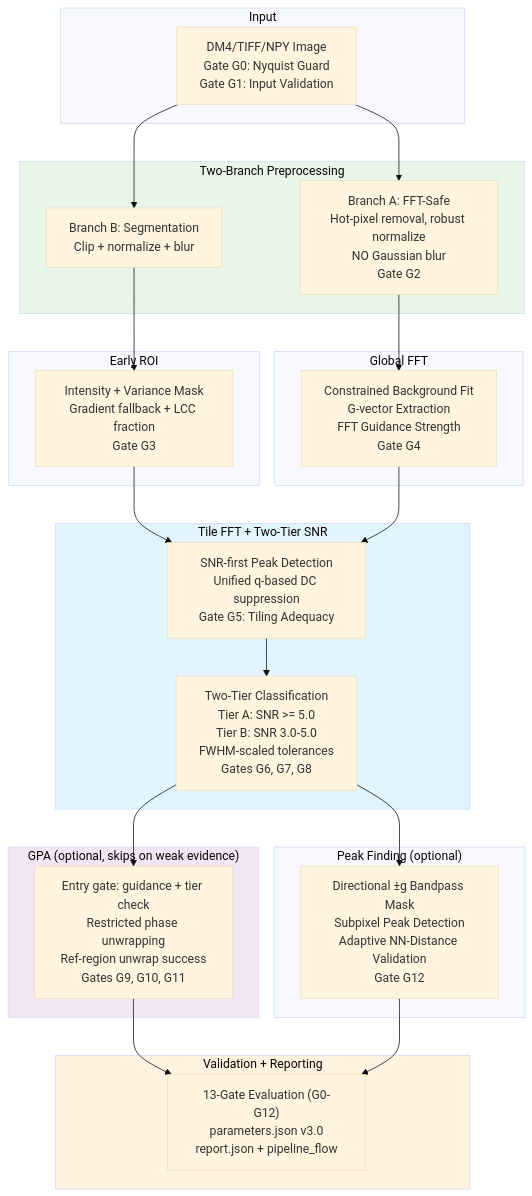
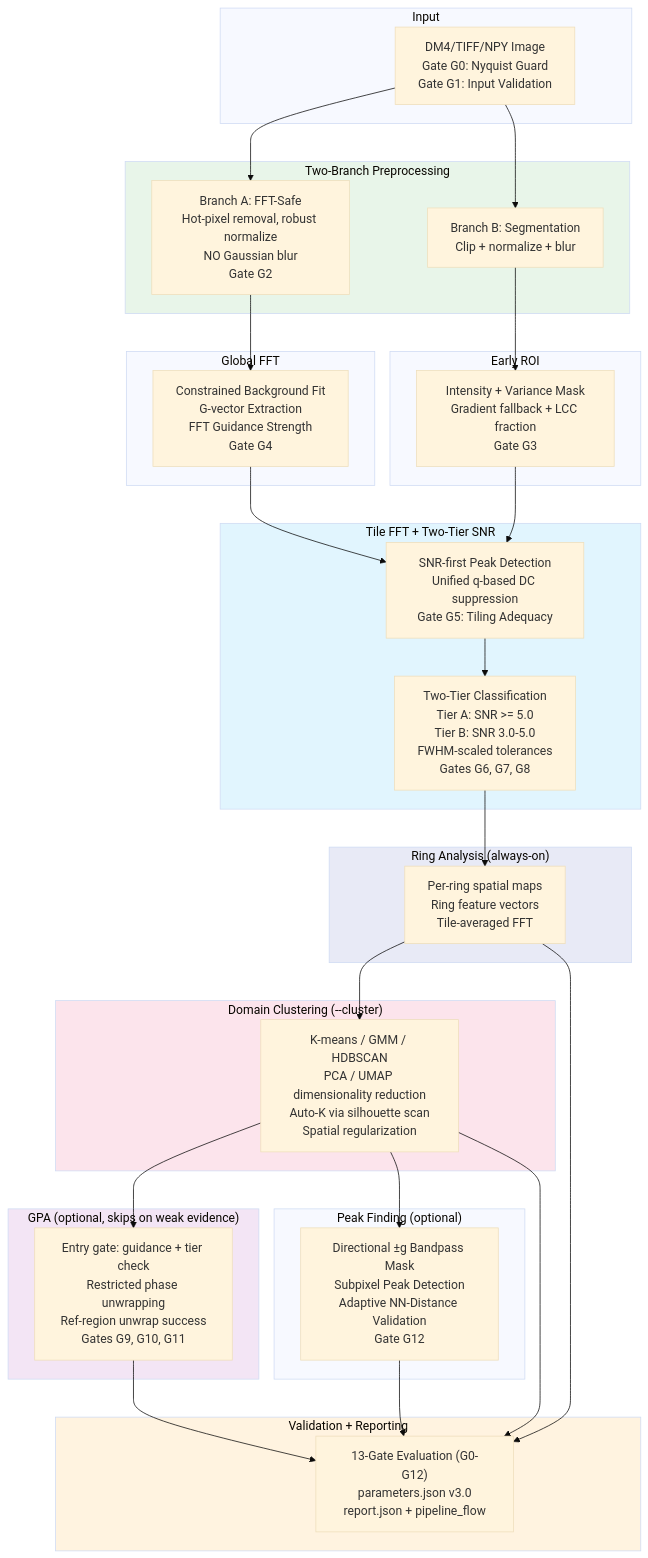
The second of 3 diagrams in README.md (YishaiRetyk/stem-domain-analysis), drawn with Mermaid (base theme) before and after one commit. The commit also changed other lines of this file and 1 other file, not shown here.

Commit message:
docs: update README and workflow diagram for ring analysis and domain clustering

````diff
--- a/README.md
+++ b/README.md
@@ -82,51 +84,65 @@
 ```mermaid
 flowchart TD
     subgraph Input["Input"]
         A[DM4/TIFF/NPY Image<br/>Gate G0: Nyquist Guard<br/>Gate G1: Input Validation]
     end
 
     subgraph Preprocess["Two-Branch Preprocessing"]
         B1["Branch A: FFT-Safe<br/>Hot-pixel removal, robust normalize<br/>NO Gaussian blur<br/>Gate G2"]
         B2["Branch B: Segmentation<br/>Clip + normalize + blur"]
     end
 
     subgraph ROI["Early ROI"]
         C["Intensity + Variance Mask<br/>Gradient fallback + LCC fraction<br/>Gate G3"]
     end
 
     subgraph GlobalFFT["Global FFT"]
         D["Constrained Background Fit<br/>G-vector Extraction<br/>FFT Guidance Strength<br/>Gate G4"]
     end
 
     subgraph TileFFT["Tile FFT + Two-Tier SNR"]
         E["SNR-first Peak Detection<br/>Unified q-based DC suppression<br/>Gate G5: Tiling Adequacy"]
         F["Two-Tier Classification<br/>Tier A: SNR >= 5.0<br/>Tier B: SNR 3.0-5.0<br/>FWHM-scaled tolerances<br/>Gates G6, G7, G8"]
     end
 
+    subgraph RingAnalysis["Ring Analysis (always-on)"]
+        RA["Per-ring spatial maps<br/>Ring feature vectors<br/>Tile-averaged FFT"]
+    end
+
+    subgraph Clustering["Domain Clustering (--cluster)"]
+        CL["K-means / GMM / HDBSCAN<br/>PCA / UMAP dimensionality reduction<br/>Auto-K via silhouette scan<br/>Spatial regularization"]
+    end
+
     subgraph GPA["GPA (optional, skips on weak evidence)"]
         G["Entry gate: guidance + tier check<br/>Restricted phase unwrapping<br/>Ref-region unwrap success<br/>Gates G9, G10, G11"]
     end
 
     subgraph PeakFinding["Peak Finding (optional)"]
         H["Directional ±g Bandpass Mask<br/>Subpixel Peak Detection<br/>Adaptive NN-Distance Validation<br/>Gate G12"]
     end
 
     subgraph Reporting["Validation + Reporting"]
         I["13-Gate Evaluation (G0-G12)<br/>parameters.json v3.0<br/>report.json + pipeline_flow"]
     end
 
     A --> B1 & B2
     B2 --> C
     B1 --> D
     C --> E
     D --> E
     E --> F
-    F --> G & H
+    F --> RA
+    RA --> CL
+    CL --> G & H
     G --> I
     H --> I
+    RA --> I
+    CL --> I
 
     style Preprocess fill:#e8f5e9
     style TileFFT fill:#e1f5fe
+    style RingAnalysis fill:#e8eaf6
+    style Clustering fill:#fce4ec
     style GPA fill:#f3e5f5
     style Reporting fill:#fff3e0
 ```
````
